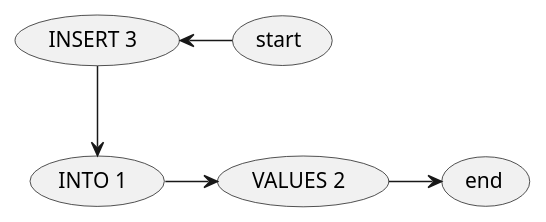
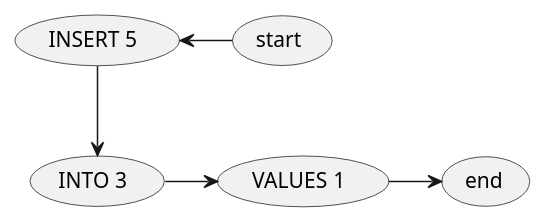
One commit to stanislaw-piechota/sql-parser changed the diagram in src/main/java/com/example/sql/queries/insertQuery.puml. Above: the diagram before and after it, drawn with PlantUML. The commit also changed 63 other files, not shown here.

```diff
--- a/src/main/java/com/example/sql/queries/insertQuery.puml
+++ b/src/main/java/com/example/sql/queries/insertQuery.puml
@@ -1,14 +1,14 @@
 @startuml insertQuery
 
 (start) as start
-(INTO 1) as into
-(VALUES 2) as values
-(INSERT 3) as insert
+(INTO 3) as into
+(VALUES 1) as values
+(INSERT 5) as insert
 (end) as end
 
 start -l-> insert
 insert -d-> into
 into -r-> values
 values -r-> end
 
 @enduml
```
